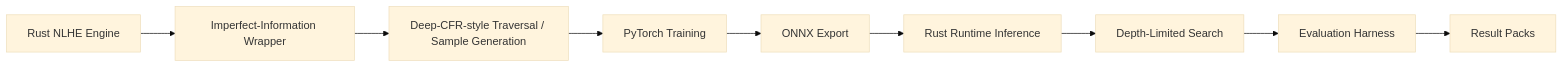
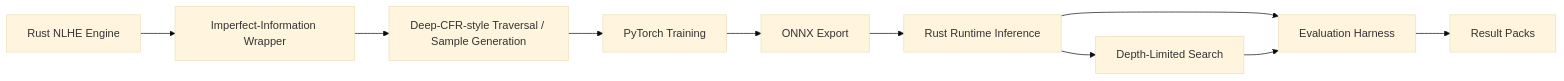
Before and after one commit to Taliwanmli/Talibus-Deep-CFR-Poker-AI: the diagram in docs/architecture.md, drawn with Mermaid (base theme). The commit also changed other lines of this file and 19 other files, not shown here.

````diff
--- a/docs/architecture.md
+++ b/docs/architecture.md
@@ -8,11 +8,12 @@
 ```mermaid
 flowchart LR
     A[Rust NLHE Engine] --> B[Imperfect-Information Wrapper]
     B --> C[Deep-CFR-style Traversal / Sample Generation]
     C --> D[PyTorch Training]
     D --> E[ONNX Export]
     E --> F[Rust Runtime Inference]
     F --> G[Depth-Limited Search]
+    F --> H[Evaluation Harness]
     G --> H[Evaluation Harness]
     H --> I[Result Packs]
 ```
````
